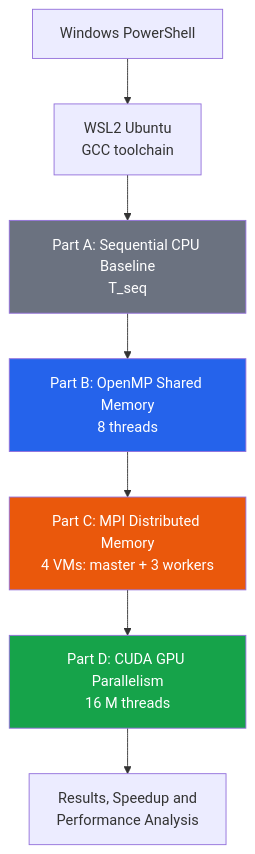
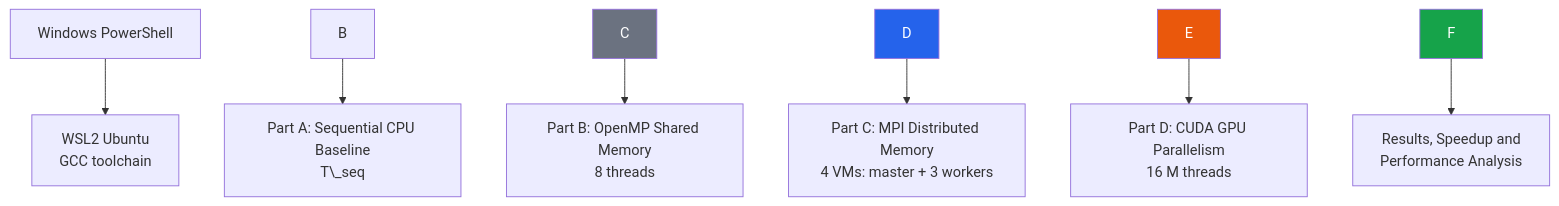
Before and after one commit to vaibhavbutul-work/parallel-gpu-and-computing: the first of 4 diagrams in Experiment_1/README.md, drawn with Mermaid. The commit also changed other lines of this file, not shown here.

Commit message:
Fix Experiment 1 README graph paths

````diff
--- a/Experiment_1/README.md
+++ b/Experiment_1/README.md
@@ -168,13 +169,13 @@
 ```mermaid
 flowchart TD
-    A[Windows PowerShell] --> B[WSL2 Ubuntu<br/>GCC toolchain]
-    B --> C[Part A: Sequential CPU Baseline<br/>T_seq]
-    C --> D[Part B: OpenMP Shared Memory<br/>8 threads]
-    D --> E[Part C: MPI Distributed Memory<br/>4 VMs: master + 3 workers]
-    E --> F[Part D: CUDA GPU Parallelism<br/>16 M threads]
-    F --> G[Results, Speedup and<br/>Performance Analysis]
+    A\[Windows PowerShell] --> B\[WSL2 Ubuntu<br/>GCC toolchain]
+    B --> C\[Part A: Sequential CPU Baseline<br/>T\_seq]
+    C --> D\[Part B: OpenMP Shared Memory<br/>8 threads]
+    D --> E\[Part C: MPI Distributed Memory<br/>4 VMs: master + 3 workers]
+    E --> F\[Part D: CUDA GPU Parallelism<br/>16 M threads]
+    F --> G\[Results, Speedup and<br/>Performance Analysis]
     style C fill:#6B7280,color:#fff
     style D fill:#2563EB,color:#fff
     style E fill:#EA580C,color:#fff
     style F fill:#16A34A,color:#fff
 ```
````
